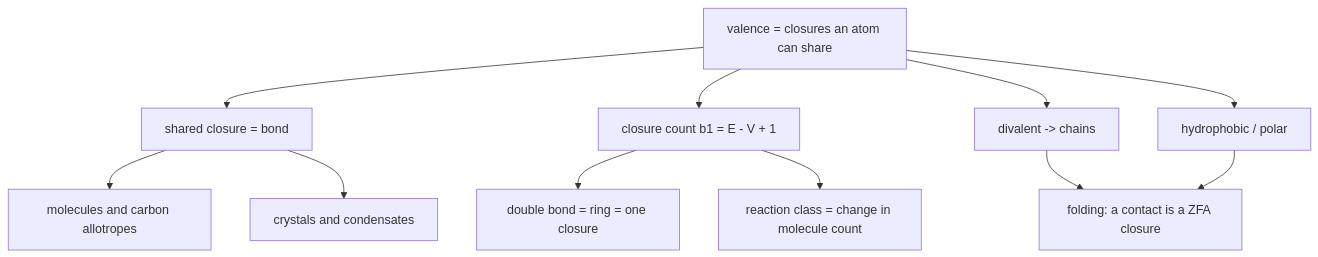
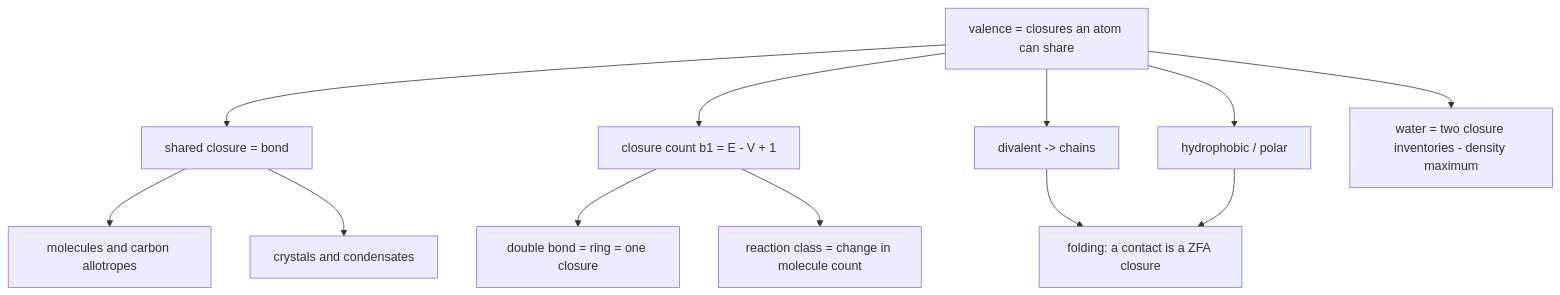
Diagram 12 of 13 in tools/flowchart_source.md (rchain-community/quantum-logical-framework), drawn with Mermaid before and after one commit. The commit also changed other lines of this file and 4 other files, not shown here.

First line of the commit message:
FlowChart: the 2026 discoveries, placed in their domains

````diff
--- a/tools/flowchart_source.md
+++ b/tools/flowchart_source.md
@@ -325,14 +355,15 @@
 ```mermaid
 flowchart TD
   V["valence = closures an atom can share"]
   V --> BD["shared closure = bond"]
   BD --> MOL["molecules and carbon allotropes"]
   BD --> XL["crystals and condensates"]
   V --> CC["closure count b1 = E - V + 1"]
   CC --> DOU["double bond = ring = one closure"]
   CC --> RX["reaction class = change in molecule count"]
   V --> HP["hydrophobic / polar"]
   V --> CH["divalent -> chains"]
   CH --> FOLD["folding: a contact is a ZFA closure"]
   HP --> FOLD
+  V --> W2["water = two closure inventories - density maximum"]
 ```
````
